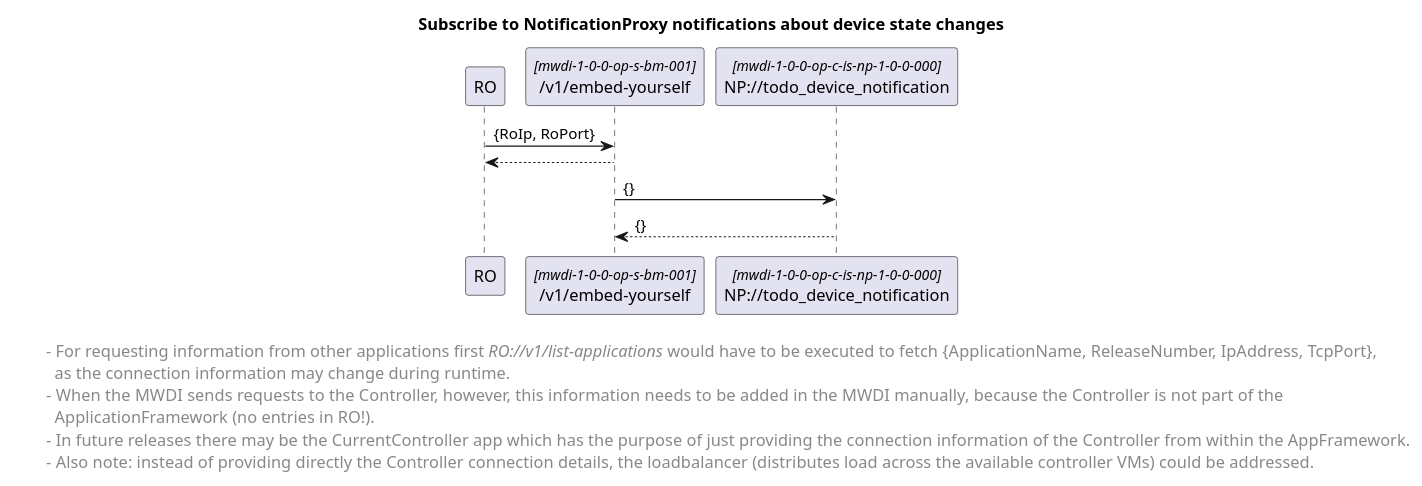
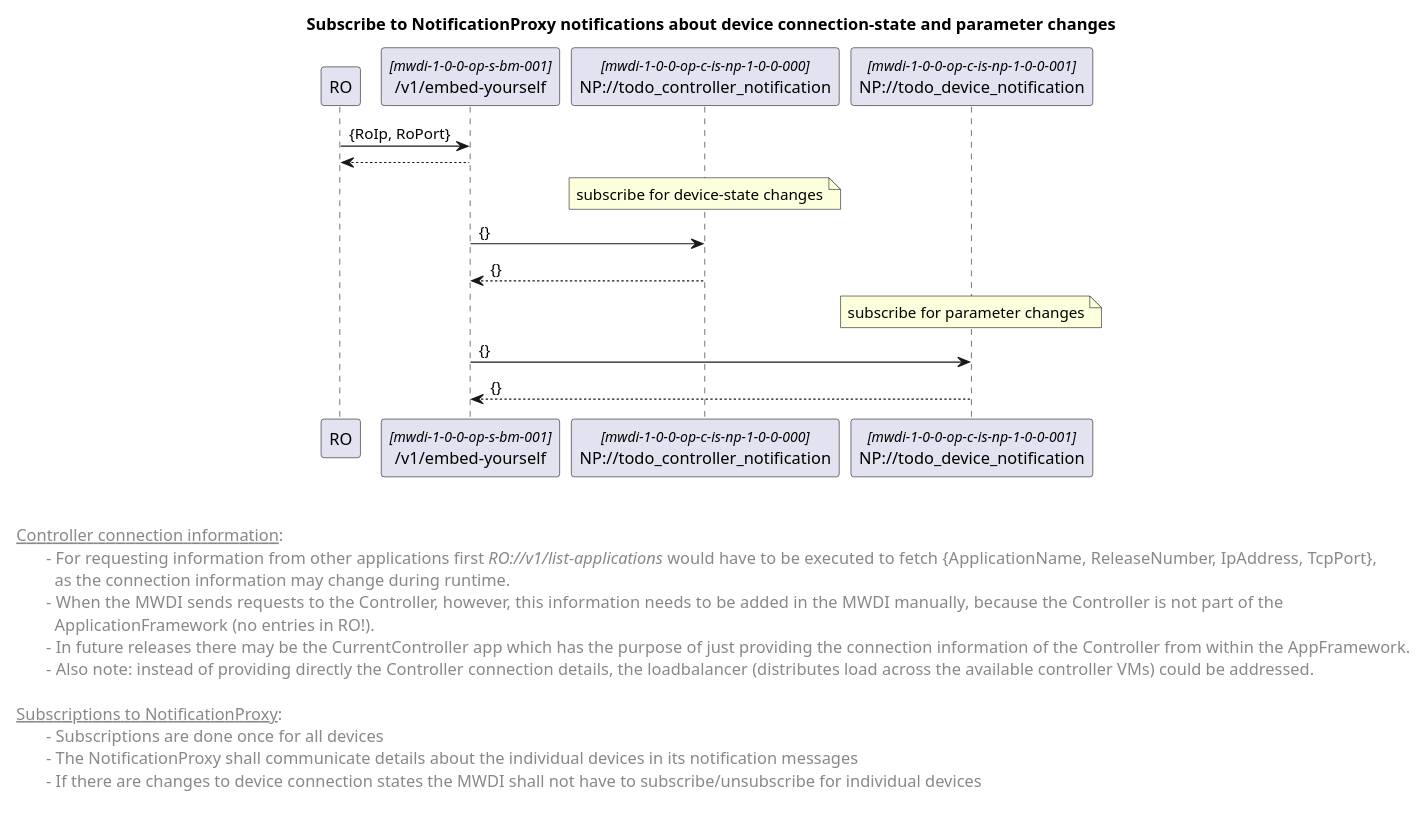
One commit to openBackhaul/MicroWaveDeviceInventory changed the diagram in spec/_NEU_MIT_NOTIFICATION_PROXY_draft/diagrams/00x_forwardingSubscribeControllerNotification.plantuml. Above: the diagram before and after it, drawn with PlantUML. The commit also changed 3 other files, not shown here.

Commit message:
diagram update

```diff
--- a/spec/_NEU_MIT_NOTIFICATION_PROXY_draft/diagrams/00x_forwardingSubscribeControllerNotification.plantuml
+++ b/spec/_NEU_MIT_NOTIFICATION_PROXY_draft/diagrams/00x_forwardingSubscribeControllerNotification.plantuml
@@ -1,41 +1,55 @@
 @startuml
 skinparam responseMessageBelowArrow true
 skinparam guillemet [ ]
 skinparam participant {
   StereotypeFontSize 12  
 }
 
-title Subscribe to NotificationProxy notifications about device state changes
+title Subscribe to NotificationProxy notifications about device connection-state and parameter changes
 
 'participants
 participant "RO" as ro
 participant "/v1/embed-yourself" as mwdi <<mwdi-1-0-0-op-s-bm-001>>
-participant "NP://todo_device_notification" as npsubscribedev <<mwdi-1-0-0-op-c-is-np-1-0-0-000>>
+participant "NP://todo_controller_notification" as npConnectionStatusNotif <<mwdi-1-0-0-op-c-is-np-1-0-0-000>>
+participant "NP://todo_device_notification" as npDevChangeNotif <<mwdi-1-0-0-op-c-is-np-1-0-0-001>>
 
 ro -> mwdi: {RoIp, RoPort}
 mwdi --> ro
 
-mwdi -> npsubscribedev: {}
-npsubscribedev --> mwdi: {}
+note over npConnectionStatusNotif: subscribe for device-state changes
+mwdi -> npConnectionStatusNotif: {}
+npConnectionStatusNotif --> mwdi: {}
+
+note over npDevChangeNotif: subscribe for parameter changes
+mwdi -> npDevChangeNotif: {}
+npDevChangeNotif --> mwdi: {}
 
 
 left footer 
 
+
+<u> Controller connection information</u>:
 \t- For requesting information from other applications first <i>RO://v1/list-applications</i> would have to be executed to fetch {ApplicationName, ReleaseNumber, IpAddress, TcpPort}, 
 \t  as the connection information may change during runtime.
 \t-  When the MWDI sends requests to the Controller, however, this information needs to be added in the MWDI manually, because the Controller is not part of the 
 \t  ApplicationFramework (no entries in RO!). 
 \t-  In future releases there may be the CurrentController app which has the purpose of just providing the connection information of the Controller from within the AppFramework.
 \t-  Also note: instead of providing directly the Controller connection details, the loadbalancer (distributes load across the available controller VMs) could be addressed.
+
+<u> Subscriptions to NotificationProxy</u>:
+\t- Subscriptions are done once for all devices
+\t- The NotificationProxy shall communicate details about the individual devices in its notification messages
+\t- If there are changes to device connection states the MWDI shall not have to subscribe/unsubscribe for individual devices
+
 end footer
 
 
 <style>
 footer {
   HorizontalAlignment left
   FontSize 14
 }
 </style>
 
 
 @enduml
```
